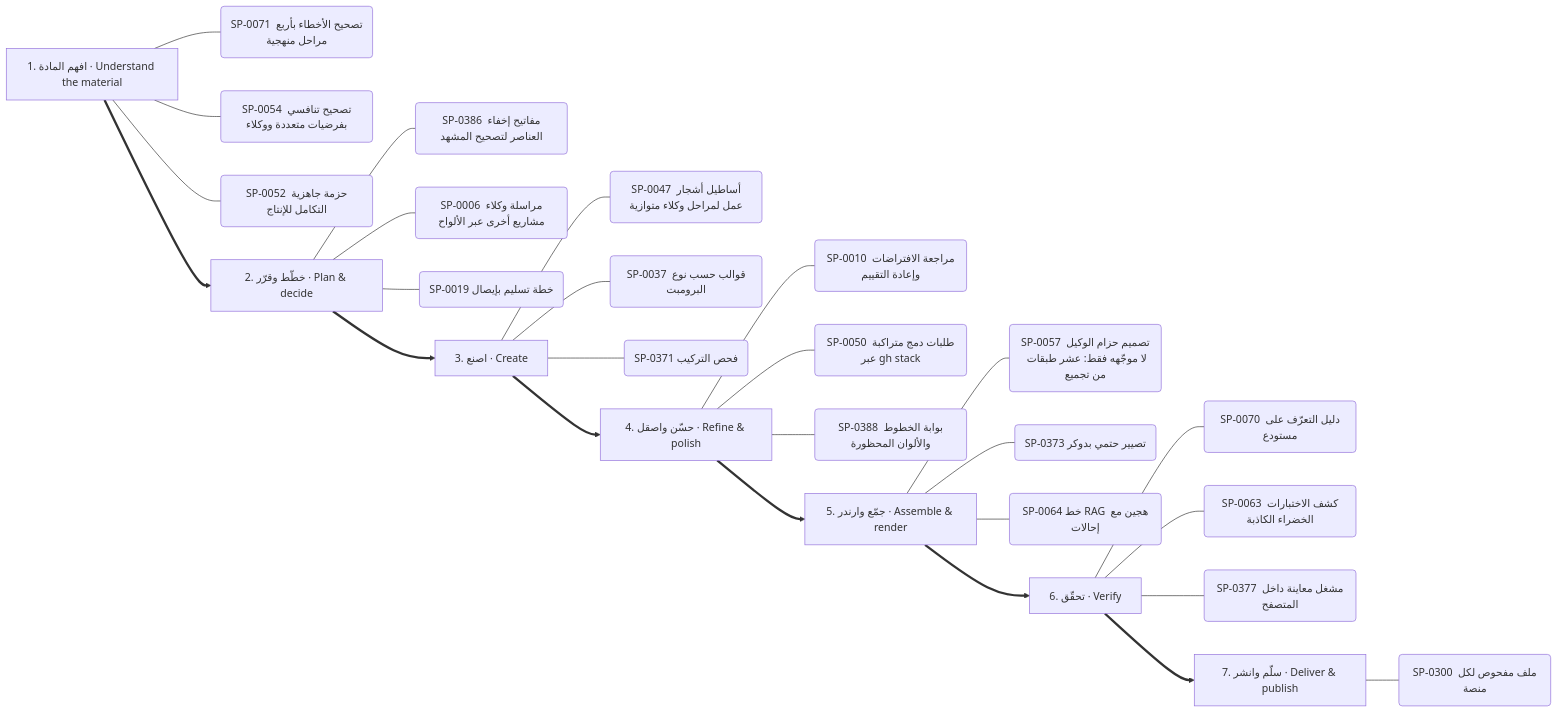
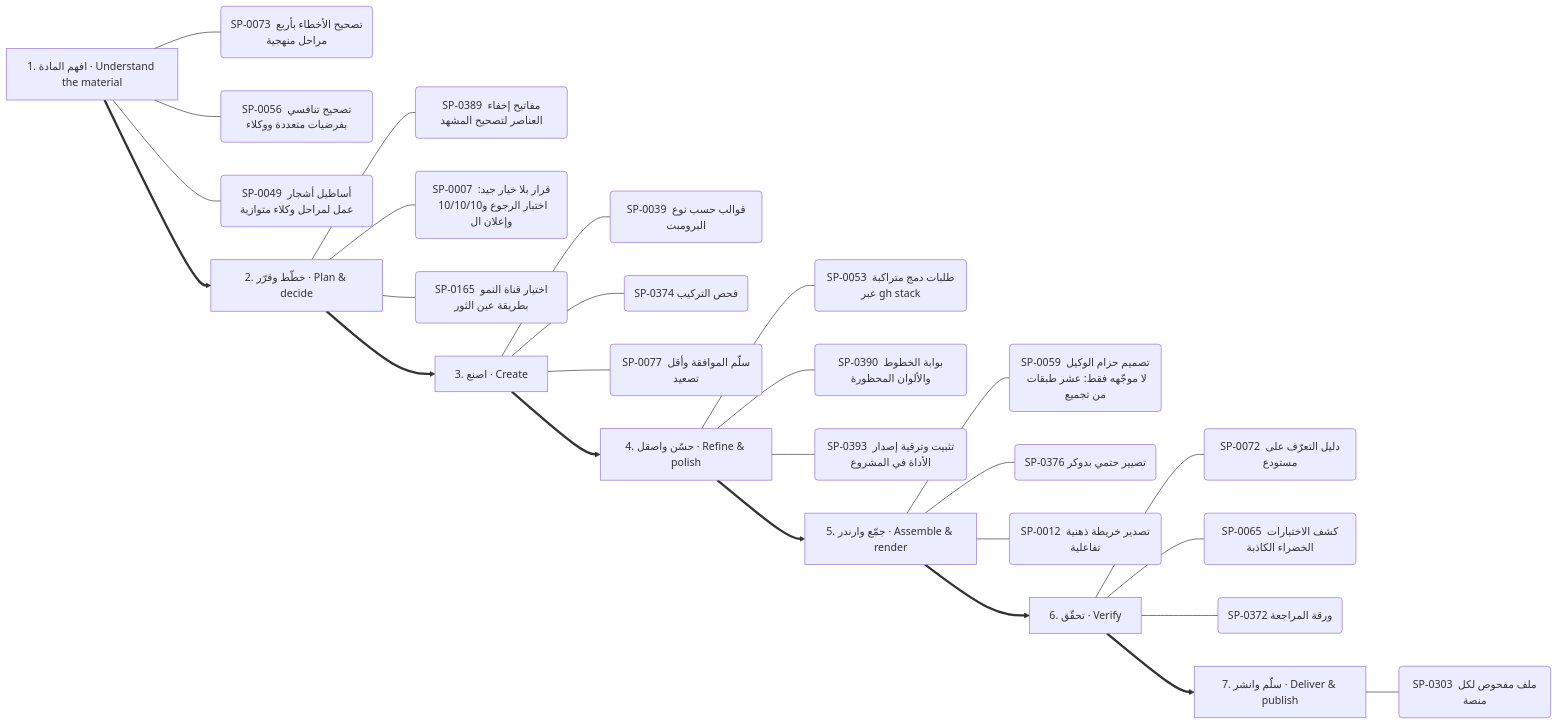
Before and after one commit to kosif199022-jpg/kosif-tool: the tenth of 13 diagrams in .claude/skills/kosif-superpowers/references/capability-mindmap.md, drawn with Mermaid. The commit also changed other lines of this file and 153 other files, not shown here.

````diff
--- a/.claude/skills/kosif-superpowers/references/capability-mindmap.md
+++ b/.claude/skills/kosif-superpowers/references/capability-mindmap.md
@@ -509,35 +504,35 @@
 ```mermaid
 flowchart LR
   S0["1. افهم المادة · Understand the material"]
-  S0 --- S0_0("SP-0071 تصحيح الأخطاء بأربع مراحل منهجية")
-  S0 --- S0_1("SP-0054 تصحيح تنافسي بفرضيات متعددة ووكلاء")
-  S0 --- S0_2("SP-0052 حزمة جاهزية التكامل للإنتاج")
+  S0 --- S0_0("SP-0073 تصحيح الأخطاء بأربع مراحل منهجية")
+  S0 --- S0_1("SP-0056 تصحيح تنافسي بفرضيات متعددة ووكلاء")
+  S0 --- S0_2("SP-0049 أساطيل أشجار عمل لمراحل وكلاء متوازية")
   S1["2. خطّط وقرّر · Plan & decide"]
-  S1 --- S1_0("SP-0386 مفاتيح إخفاء العناصر لتصحيح المشهد")
-  S1 --- S1_1("SP-0006 مراسلة وكلاء مشاريع أخرى عبر الألواح")
-  S1 --- S1_2("SP-0019 خطة تسليم بإيصال")
+  S1 --- S1_0("SP-0389 مفاتيح إخفاء العناصر لتصحيح المشهد")
+  S1 --- S1_1("SP-0007 قرار بلا خيار جيد: اختبار الرجوع و10/10/10 وإعلان ال")
+  S1 --- S1_2("SP-0165 اختيار قناة النمو بطريقة عين الثور")
   S0 ==> S1
   S2["3. اصنع · Create"]
-  S2 --- S2_0("SP-0047 أساطيل أشجار عمل لمراحل وكلاء متوازية")
-  S2 --- S2_1("SP-0037 قوالب حسب نوع البرومبت")
-  S2 --- S2_2("SP-0371 فحص التركيب")
+  S2 --- S2_0("SP-0039 قوالب حسب نوع البرومبت")
+  S2 --- S2_1("SP-0374 فحص التركيب")
+  S2 --- S2_2("SP-0077 سلّم الموافقة وأقل تصعيد")
   S1 ==> S2
   S3["4. حسّن واصقل · Refine & polish"]
-  S3 --- S3_0("SP-0010 مراجعة الافتراضات وإعادة التقييم")
-  S3 --- S3_1("SP-0050 طلبات دمج متراكبة عبر gh stack")
-  S3 --- S3_2("SP-0388 بوابة الخطوط والألوان المحظورة")
+  S3 --- S3_0("SP-0053 طلبات دمج متراكبة عبر gh stack")
+  S3 --- S3_1("SP-0390 بوابة الخطوط والألوان المحظورة")
+  S3 --- S3_2("SP-0393 تثبيت وترقية إصدار الأداة في المشروع")
   S2 ==> S3
   S4["5. جمّع وارندر · Assemble & render"]
-  S4 --- S4_0("SP-0057 تصميم حزام الوكيل لا موجّهه فقط: عشر طبقات من تجميع ")
-  S4 --- S4_1("SP-0373 تصيير حتمي بدوكر")
-  S4 --- S4_2("SP-0064 خط RAG هجين مع إحالات")
+  S4 --- S4_0("SP-0059 تصميم حزام الوكيل لا موجّهه فقط: عشر طبقات من تجميع ")
+  S4 --- S4_1("SP-0376 تصيير حتمي بدوكر")
+  S4 --- S4_2("SP-0012 تصدير خريطة ذهنية تفاعلية")
   S3 ==> S4
   S5["6. تحقّق · Verify"]
-  S5 --- S5_0("SP-0070 دليل التعرّف على مستودع")
-  S5 --- S5_1("SP-0063 كشف الاختبارات الخضراء الكاذبة")
-  S5 --- S5_2("SP-0377 مشغل معاينة داخل المتصفح")
+  S5 --- S5_0("SP-0072 دليل التعرّف على مستودع")
+  S5 --- S5_1("SP-0065 كشف الاختبارات الخضراء الكاذبة")
+  S5 --- S5_2("SP-0372 ورقة المراجعة")
   S4 ==> S5
   S6["7. سلّم وانشر · Deliver & publish"]
-  S6 --- S6_0("SP-0300 ملف مفحوص لكل منصة")
+  S6 --- S6_0("SP-0303 ملف مفحوص لكل منصة")
   S5 ==> S6
 ```
````
